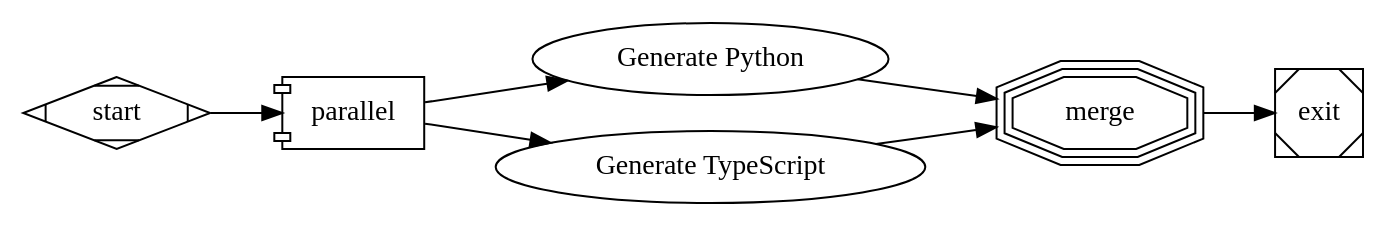
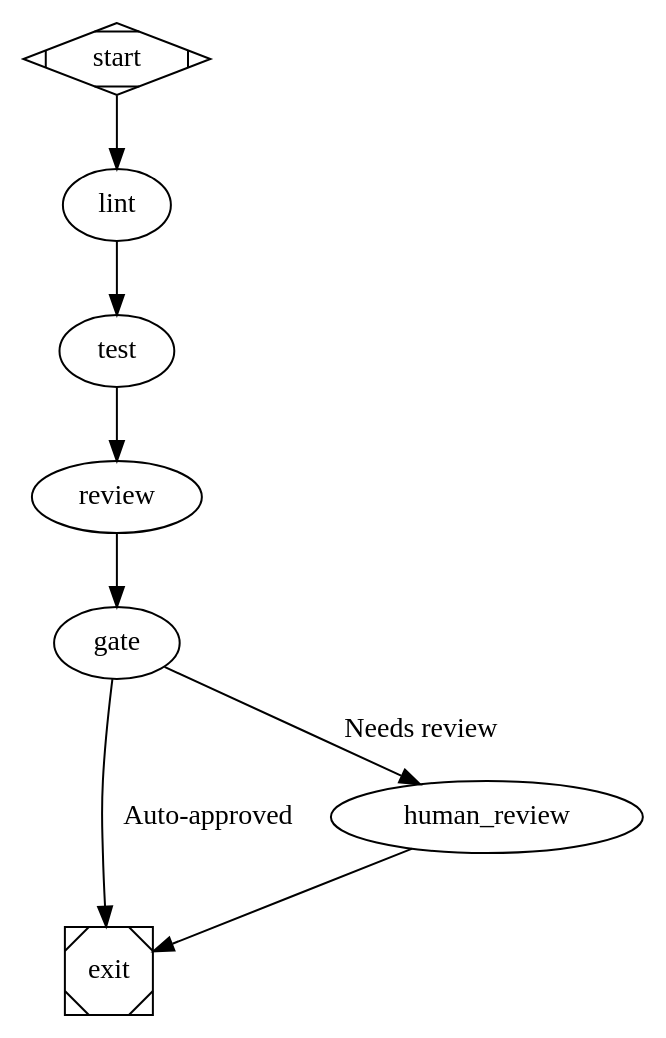
One commit to mhingston/factorial changed the third of 4 diagrams in README.md. Above: the diagram before and after it, drawn with Graphviz. The commit also changed other lines of this file and 166 other files, not shown here.

````diff
--- a/README.md
+++ b/README.md
@@ -549,33 +156,29 @@
 ```dot
-digraph ParallelCodegen {
-  graph [goal="Generate code variants in parallel"]
-  rankdir=LR
-
+digraph CodeReview {
+  graph [goal="Review code with quality checks"]
+  
   start [shape=Mdiamond]
   exit  [shape=Msquare]
-
-  parallel [
-    shape=component
-    type="parallel"
-    worktree_isolation="true"
-    worktree_allow_dirty="false"
-  ]
-
-  variant_a [label="Generate Python", cli_command="echo 'python code' > impl.py"]
-  variant_b [label="Generate TypeScript", cli_command="echo 'typescript code' > impl.ts"]
-
-  merge [
-    shape=tripleoctagon
-    type="parallel.fan_in"
-    merge_strategy="consensus"
-    worktree_merge_strategy="fail"
-  ]
-
-  start -> parallel
-  parallel -> variant_a
-  parallel -> variant_b
-  variant_a -> merge
-  variant_b -> merge
-  merge -> exit
+  
+  lint [type="quality.gate", gate_type="lint", 
+        gate_command="npm run lint"]
+  test [type="quality.gate", gate_type="tests",
+        gate_command="npm run test:run"]
+  
+  review [type="judge.rubric",
+          judge_rubric_path="./review-rubric.md",
+          score_threshold=0.8]
+  
+  gate [type="confidence.gate",
+        confidence_signal_path="judge.review.score",
+        escalation_threshold=0.7,
+        escalation_target="human_review"]
+  
+  human_review [type="wait.human"]
+  
+  start -> lint -> test -> review -> gate
+  gate -> exit [label="Auto-approved"]
+  gate -> human_review [label="Needs review"]
+  human_review -> exit
 }
 ```
````
